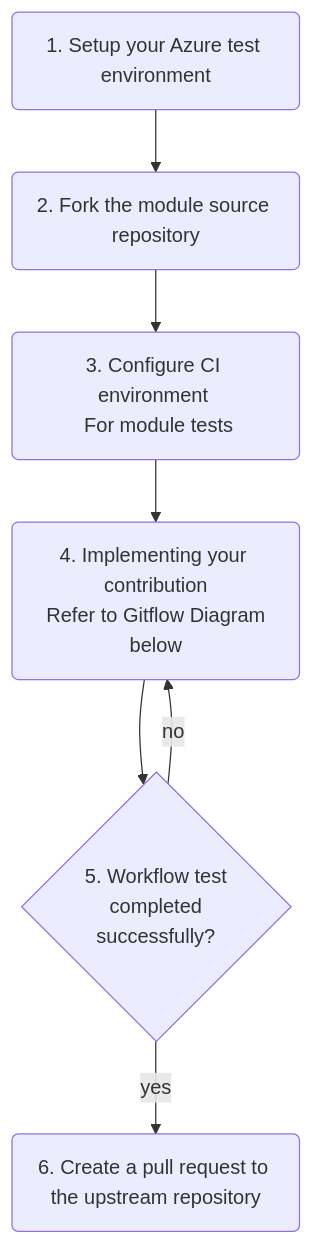
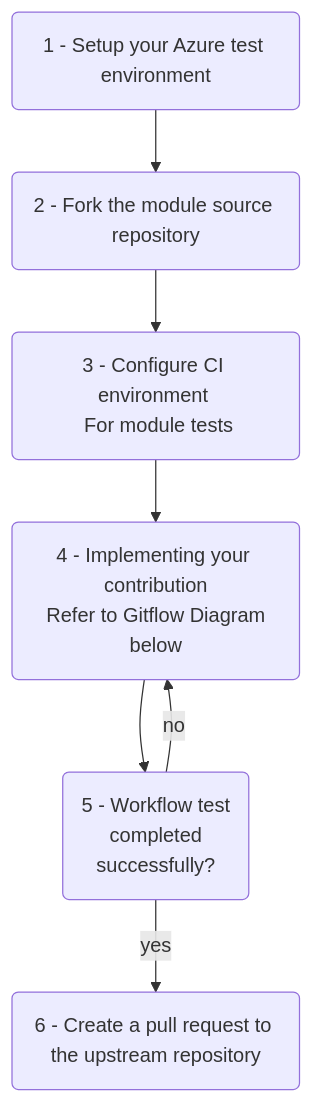
The first of 2 diagrams in docs/content/contributing/bicep/bicep-contribution-flow/_index.md (Azure/Azure-Verified-Modules), drawn with Mermaid before and after one commit. The commit also changed 9 other files, not shown here.

```diff
--- a/docs/content/contributing/bicep/bicep-contribution-flow/_index.md
+++ b/docs/content/contributing/bicep/bicep-contribution-flow/_index.md
@@ -12,21 +12,21 @@
 {{< mermaid class="text-center" >}}
 flowchart TD
-A(1. Setup your Azure test environment)
+A("1 - Setup your Azure test environment")
   click A "/Azure-Verified-Modules/contributing/bicep/bicep-contribution-flow/#1-setup-your-azure-test-environment"
-B(2. Fork the module source repository)
+B(2 - Fork the module source repository)
   click B "/Azure-Verified-Modules/contributing/bicep/bicep-contribution-flow/#2-fork-the-module-source-repository"
-C(3. Configure CI environment <br> For module tests)
+C(3 - Configure CI environment <br> For module tests)
   click C "/Azure-Verified-Modules/contributing/bicep/bicep-contribution-flow/#3-configure-your-ci-environment"
-D(4. Implementing your contribution<br> Refer to Gitflow Diagram below)
+D(4 - Implementing your contribution<br> Refer to Gitflow Diagram below)
   click D "/Azure-Verified-Modules/contributing/bicep/bicep-contribution-flow/#4-implement-your-contribution"
-E{5. Workflow test <br> completed <br> successfully?}
+E(5 - Workflow test <br> completed <br> successfully?)
   click E "/Azure-Verified-Modules/contributing/bicep/bicep-contribution-flow/#5-createupdate-and-run-tests"
-F(6. Create a pull request to the upstream repository)
+F(6 - Create a pull request to the upstream repository)
   click F "/Azure-Verified-Modules/contributing/bicep/bicep-contribution-flow/#6-create-a-pull-request-to-the-public-bicep-registry"
 A --> B
 B --> C
 C --> D
 D --> E
 E -->|yes|F
 E -->|no|D
 {{< /mermaid >}}
```
